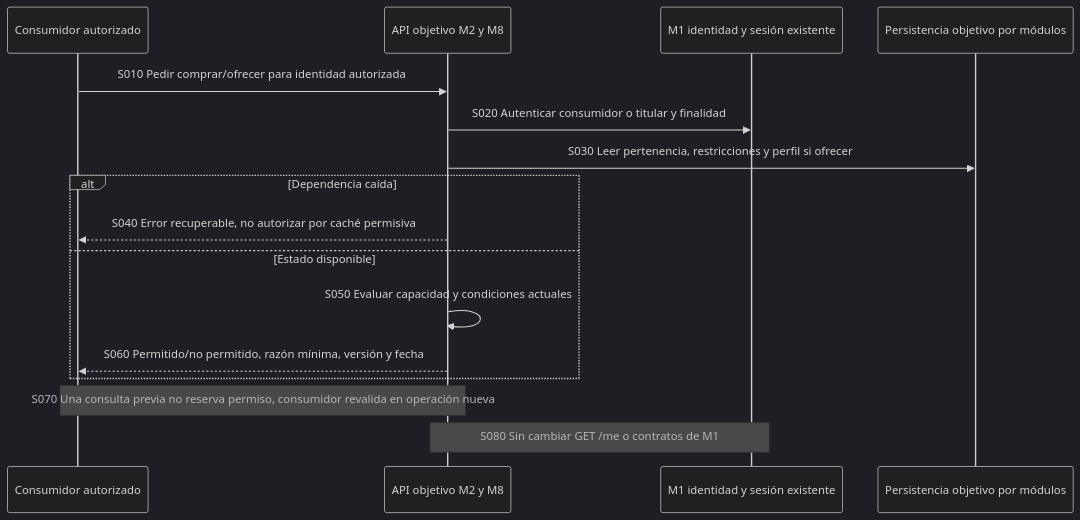
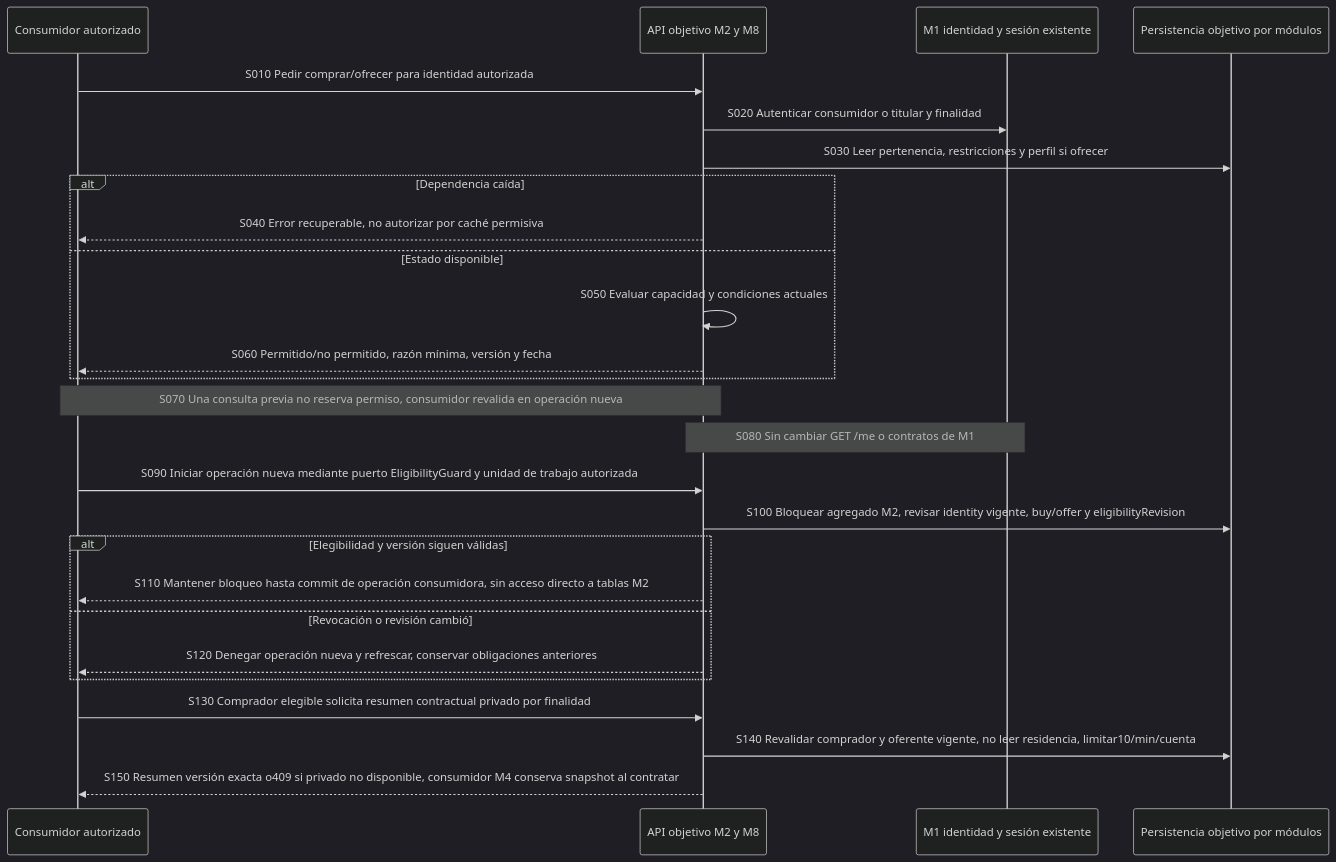
The diagram in marleva-local/repositorio/docs/diagramas/secuencia/M2/MAR-M2-SEQ-010.mmd (AndresRaRi/marleva), drawn with Mermaid (dark theme) before and after one commit. The commit also changed 48 other files, not shown here.

```diff
--- a/marleva-local/repositorio/docs/diagramas/secuencia/M2/MAR-M2-SEQ-010.mmd
+++ b/marleva-local/repositorio/docs/diagramas/secuencia/M2/MAR-M2-SEQ-010.mmd
@@ -1,18 +1,28 @@
 %% MAR-M2-SEQ-010: Consulta de elegibilidad por capacidad
 %% 15-10-2026. Objetivo documental. Sin API o implementación acreditadas.
 sequenceDiagram
 participant C as Consumidor autorizado
 participant A as API objetivo M2 y M8
 participant I as M1 identidad y sesión existente
 participant D as Persistencia objetivo por módulos
 C->>A: S010 Pedir comprar/ofrecer para identidad autorizada
 A->>I: S020 Autenticar consumidor o titular y finalidad
 A->>D: S030 Leer pertenencia, restricciones y perfil si ofrecer
 alt Dependencia caída
  A-->>C: S040 Error recuperable, no autorizar por caché permisiva
 else Estado disponible
  A->>A: S050 Evaluar capacidad y condiciones actuales
  A-->>C: S060 Permitido/no permitido, razón mínima, versión y fecha
 end
 Note over A,C: S070 Una consulta previa no reserva permiso, consumidor revalida en operación nueva
 Note over A,I: S080 Sin cambiar GET /me o contratos de M1
+C->>A: S090 Iniciar operación nueva mediante puerto EligibilityGuard y unidad de trabajo autorizada
+A->>D: S100 Bloquear agregado M2, revisar identity vigente, buy/offer y eligibilityRevision
+alt Elegibilidad y versión siguen válidas
+ A-->>C: S110 Mantener bloqueo hasta commit de operación consumidora, sin acceso directo a tablas M2
+else Revocación o revisión cambió
+ A-->>C: S120 Denegar operación nueva y refrescar, conservar obligaciones anteriores
+end
+C->>A: S130 Comprador elegible solicita resumen contractual privado por finalidad
+A->>D: S140 Revalidar comprador y oferente vigente, no leer residencia, limitar10/min/cuenta
+A-->>C: S150 Resumen versión exacta o409 si privado no disponible, consumidor M4 conserva snapshot al contratar
```
